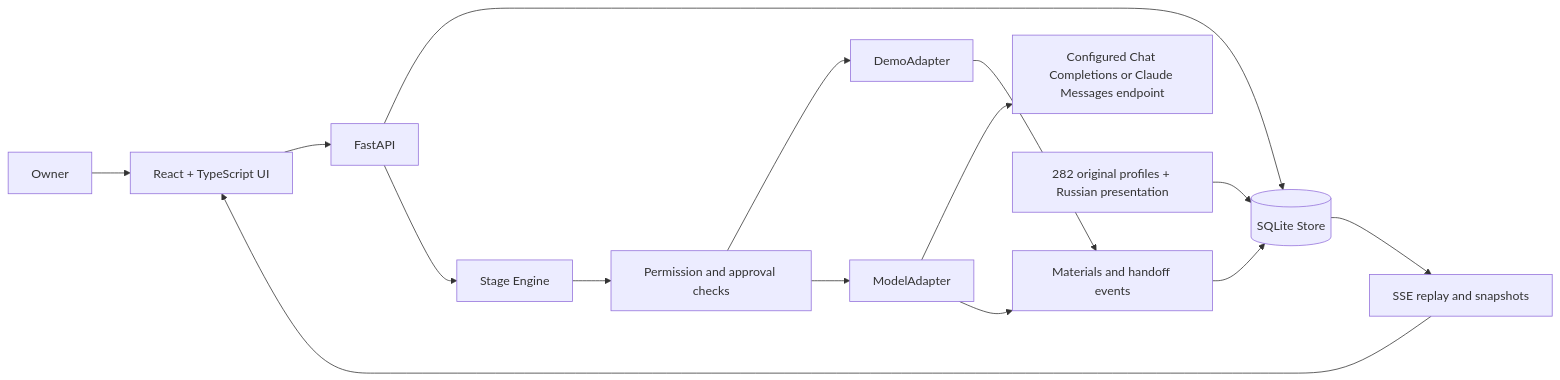
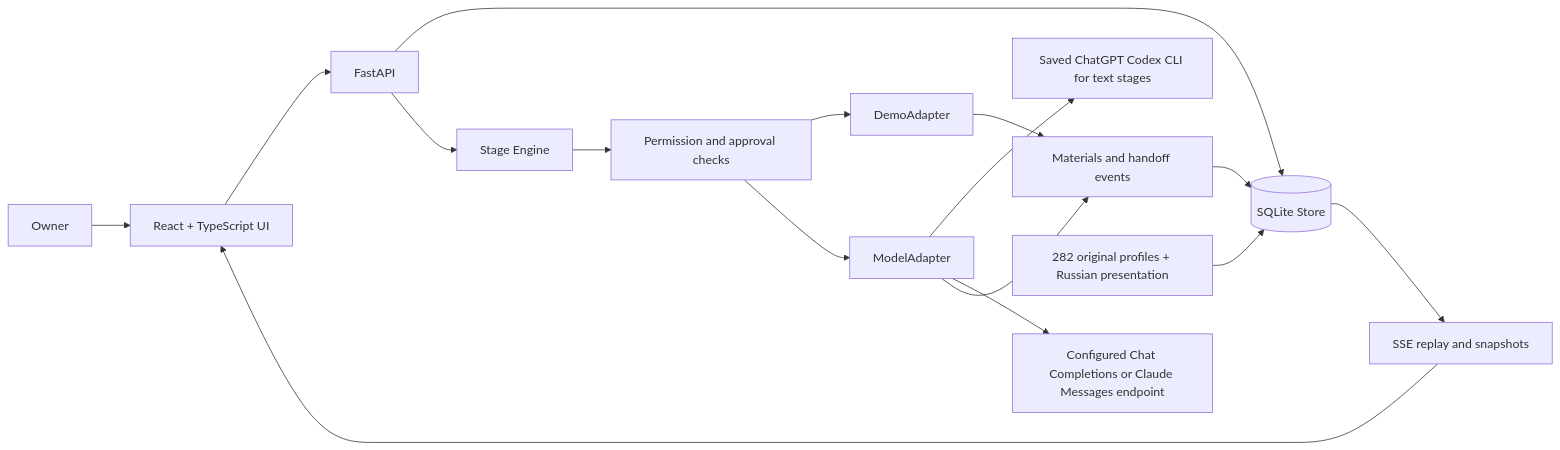
The diagram in README.md (nifontovoleg/ai-office), drawn with Mermaid before and after one commit. The commit also changed other lines of this file and 34 other files, not shown here.

First line of the commit message:
feat(codex): add ChatGPT and free Big Pickle

````diff
--- a/README.md
+++ b/README.md
@@ -210,17 +280,18 @@
 ```mermaid
 flowchart LR
     Owner[Owner] --> UI[React + TypeScript UI]
     UI --> API[FastAPI]
     API --> Store[(SQLite Store)]
     API --> Engine[Stage Engine]
     Engine --> Permissions[Permission and approval checks]
     Permissions --> Demo[DemoAdapter]
     Permissions --> Model[ModelAdapter]
+    Model --> Codex[Saved ChatGPT Codex CLI for text stages]
     Model --> Provider[Configured Chat Completions or Claude Messages endpoint]
     Demo --> Results[Materials and handoff events]
     Model --> Results
     Results --> Store
     Store --> SSE[SSE replay and snapshots]
     SSE --> UI
     Catalog[282 original profiles + Russian presentation] --> Store
 ```
````
